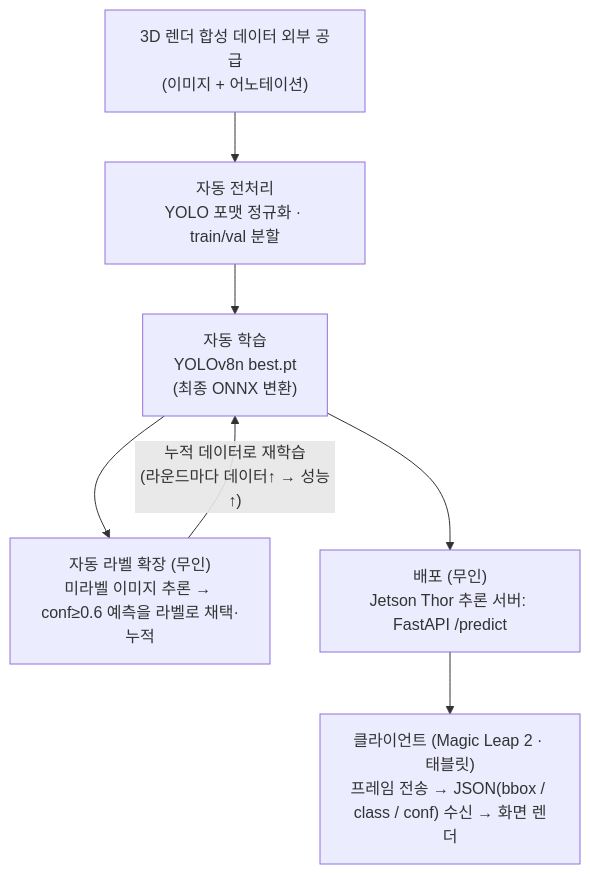
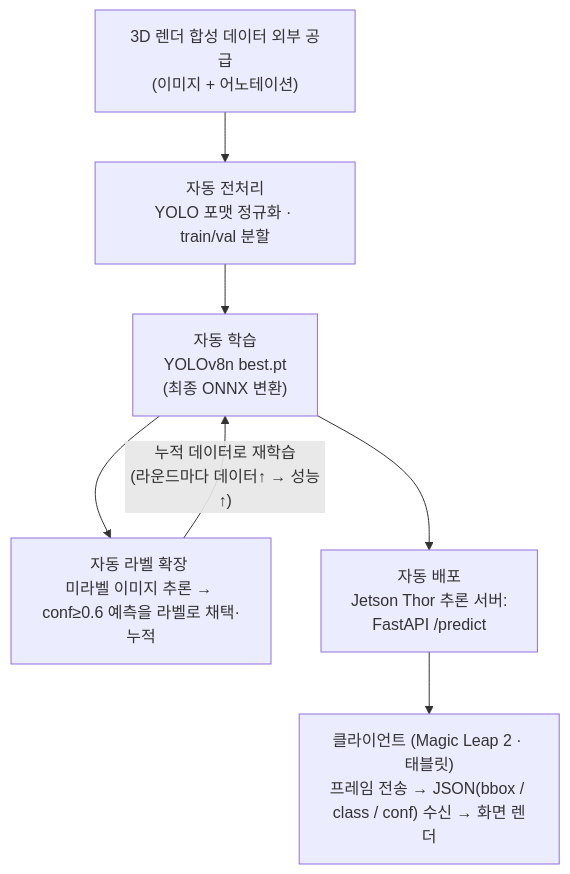
One commit to ev1025/auto_annotation_learning changed the diagram in README.md. Above: the diagram before and after it, drawn with Mermaid. The commit also changed other lines of this file and 1 other file, not shown here.

Commit message:
feat: 벤치마크에 yolo26s/26m 편성 + --out 옵션(다중 GPU 병렬 실행용)
- 예시 명령을 14조합(v8n/s/m·11n·26n/s/m x 640/1280, epochs 100)으로 갱신
- YOLO26 레시피 각주: 크기별 권장 epochs 상이(26n=245), 동일 epochs 벤치의 해석 주의
- --out: 병렬 실행 시 결과 파일(benchmark_<tag>.json/md) 충돌 방지

````diff
--- a/README.md
+++ b/README.md
@@ -31,13 +31,13 @@
 ```mermaid
 flowchart TD
     A["3D 렌더 합성 데이터 외부 공급<br/>(이미지 + 어노테이션)"]
     B["자동 전처리<br/>YOLO 포맷 정규화 · train/val 분할"]
     C["자동 학습<br/>YOLOv8n best.pt <br/>(최종 ONNX 변환)"]
-    D["자동 라벨 확장 (무인)<br/>미라벨 이미지 추론 → conf≥0.6 예측을 라벨로 채택·누적"]
-    E["배포 (무인)<br/>Jetson Thor 추론 서버: FastAPI /predict"]
+    D["자동 라벨 확장 <br/>미라벨 이미지 추론 → conf≥0.6 예측을 라벨로 채택·누적"]
+    E["자동 배포 <br/>Jetson Thor 추론 서버: <br/>FastAPI /predict"]
     F["클라이언트 (Magic Leap 2 · 태블릿)<br/>프레임 전송 → JSON(bbox / class / conf) 수신 → 화면 렌더"]
 
     A --> B --> C --> D
     D -- "누적 데이터로 재학습<br/>(라운드마다 데이터↑ → 성능↑)" --> C
     C --> E --> F
 ```
````
